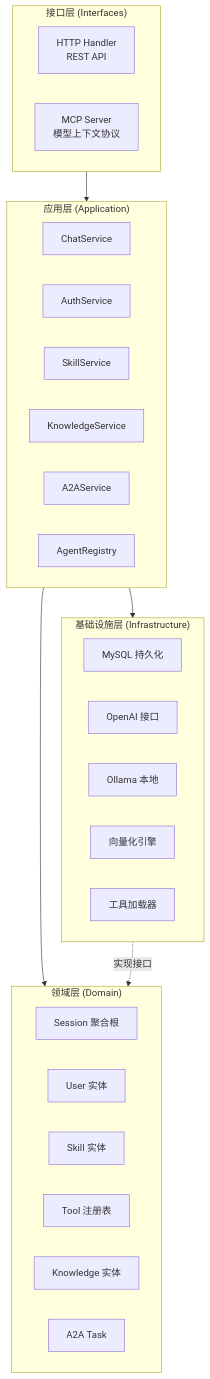
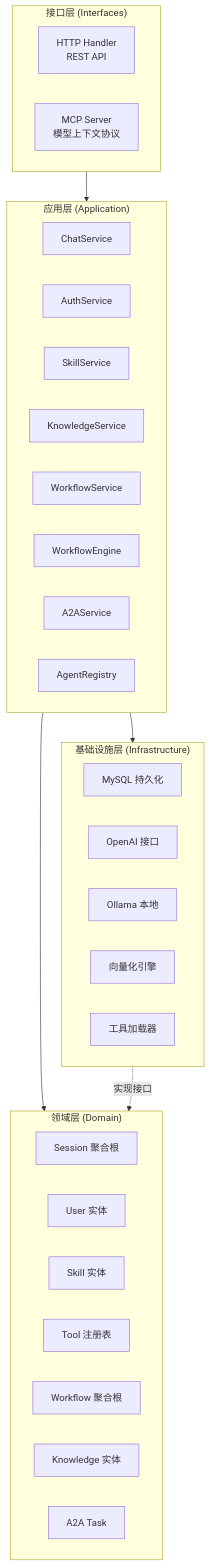
Before and after one commit to JayCoding0/ai-tool: the first of 3 diagrams in docs/architecture.md, drawn with Mermaid. The commit also changed other lines of this file and 4 other files, not shown here.

````diff
--- a/docs/architecture.md
+++ b/docs/architecture.md
@@ -7,42 +7,45 @@
 ```mermaid
 graph TB
     subgraph Interfaces["接口层 (Interfaces)"]
         direction LR
         HTTP["HTTP Handler<br/>REST API"]
         MCP["MCP Server<br/>模型上下文协议"]
     end
 
     subgraph Application["应用层 (Application)"]
         direction LR
         ChatSvc["ChatService"]
         AuthSvc["AuthService"]
         SkillSvc["SkillService"]
         KnowledgeSvc["KnowledgeService"]
+        WorkflowSvc["WorkflowService"]
+        WorkflowEngine["WorkflowEngine"]
         A2ASvc["A2AService"]
         AgentReg["AgentRegistry"]
     end
 
     subgraph Domain["领域层 (Domain)"]
         direction LR
         Session["Session 聚合根"]
         User["User 实体"]
         Skill["Skill 实体"]
         Tool["Tool 注册表"]
+        Workflow["Workflow 聚合根"]
         Knowledge["Knowledge 实体"]
         A2ATask["A2A Task"]
     end
 
     subgraph Infrastructure["基础设施层 (Infrastructure)"]
         direction LR
         MySQL["MySQL 持久化"]
         OpenAI["OpenAI 接口"]
         Ollama["Ollama 本地"]
         Embedder["向量化引擎"]
         ToolLoader["工具加载器"]
     end
 
     Interfaces --> Application
     Application --> Domain
     Infrastructure -.->|实现接口| Domain
     Application --> Infrastructure
 ```
````
